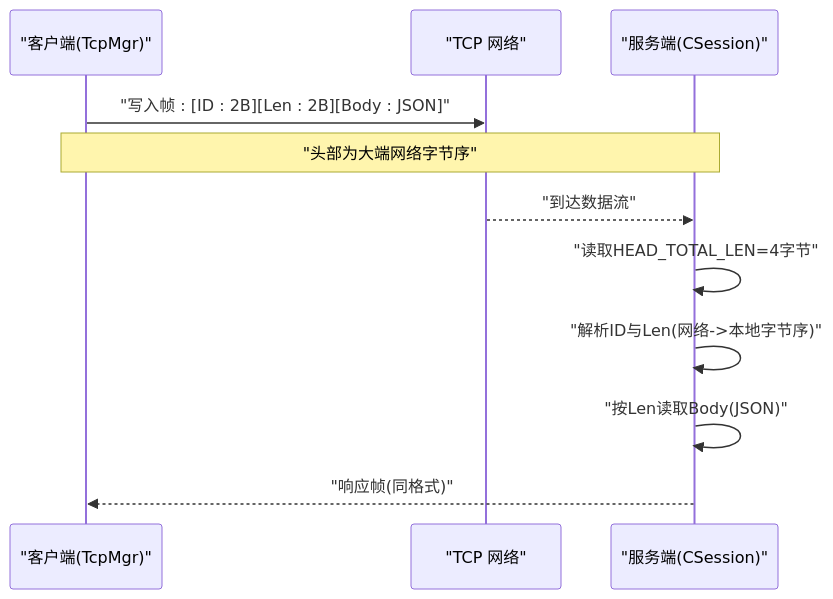
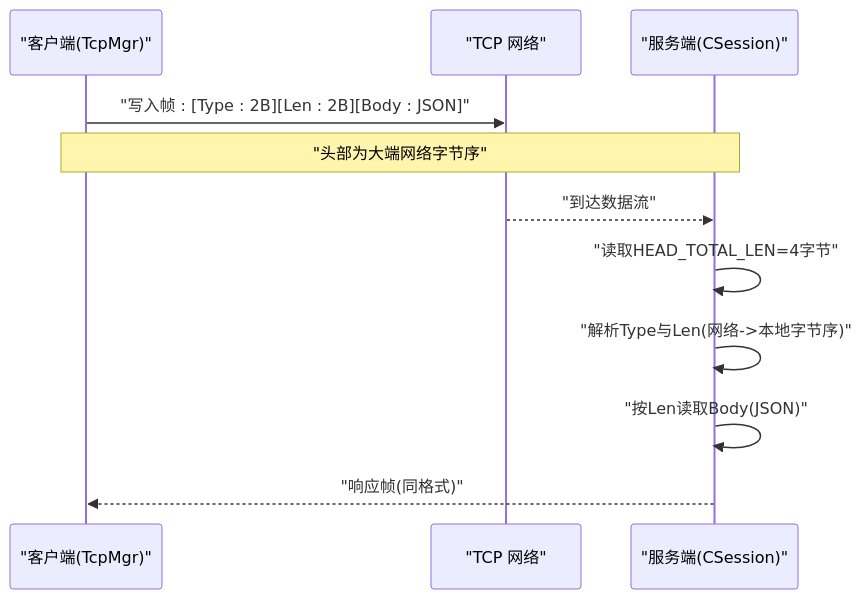
The second of 9 diagrams in .qoder/repowiki/zh/content/网络通信/TCP通信协议/TCP消息协议/消息帧格式规范.md (echo9923/mychatter), drawn with Mermaid before and after one commit. The commit also changed other lines of this file and 128 other files, not shown here.

````diff
--- a/.qoder/repowiki/zh/content/网络通信/TCP通信协议/TCP消息协议/消息帧格式规范.md
+++ b/.qoder/repowiki/zh/content/网络通信/TCP通信协议/TCP消息协议/消息帧格式规范.md
@@ -96,13 +96,13 @@
 ```mermaid
 sequenceDiagram
 participant Client as "客户端(TcpMgr)"
 participant Net as "TCP 网络"
 participant Server as "服务端(CSession)"
-Client->>Net : "写入帧 : [ID : 2B][Len : 2B][Body : JSON]"
+Client->>Net : "写入帧 : [Type : 2B][Len : 2B][Body : JSON]"
 Note over Client,Server : "头部为大端网络字节序"
 Net-->>Server : "到达数据流"
 Server->>Server : "读取HEAD_TOTAL_LEN=4字节"
-Server->>Server : "解析ID与Len(网络->本地字节序)"
+Server->>Server : "解析Type与Len(网络->本地字节序)"
 Server->>Server : "按Len读取Body(JSON)"
 Server-->>Client : "响应帧(同格式)"
 ```
````
